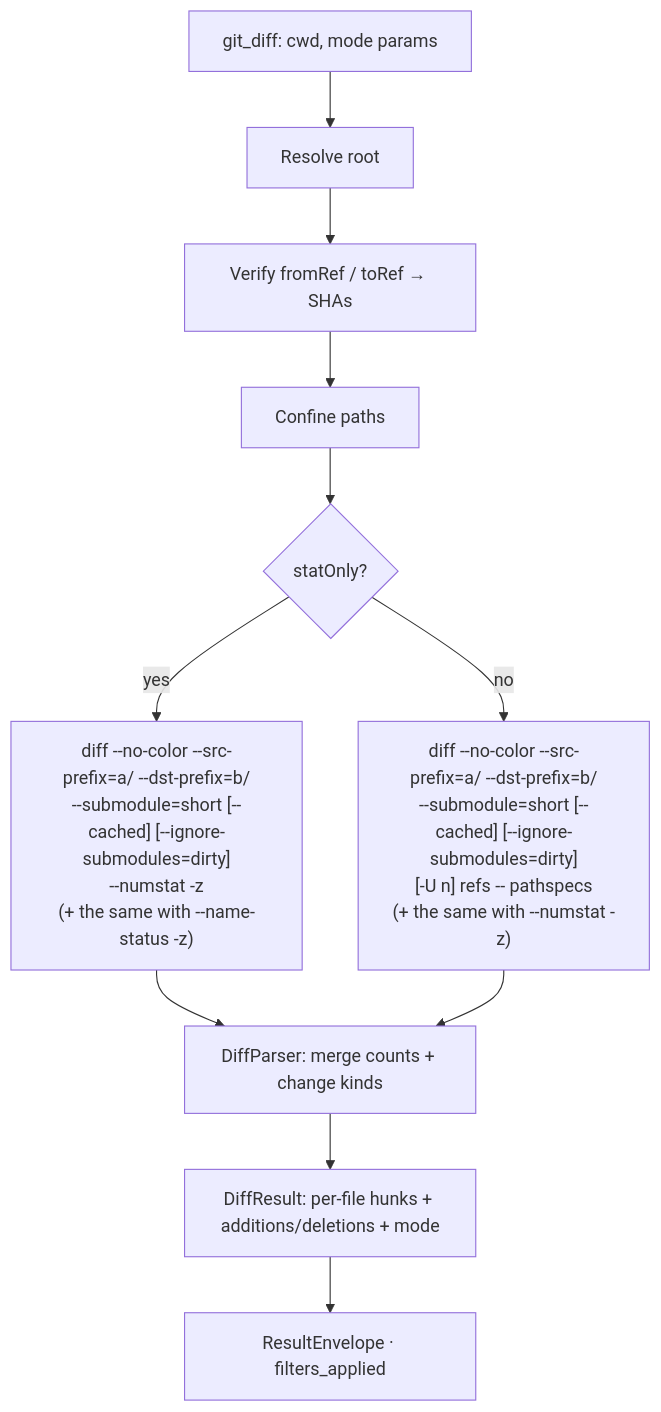
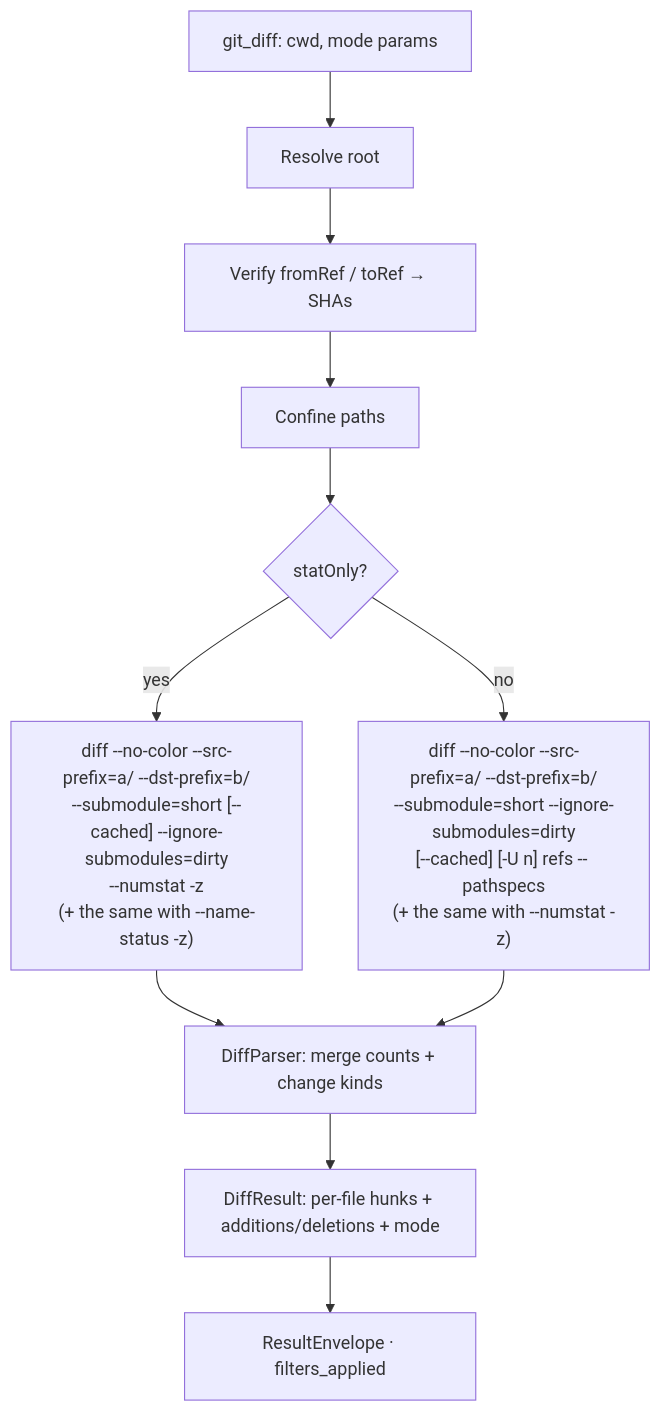
One commit to brenordv/mcp-toolset changed the third of 14 diagrams in src/RaccoonNinja.McpToolset.Server.GitOps/README.md. Above: the diagram before and after it, drawn with Mermaid. The commit also changed other lines of this file and 13 other files, not shown here.

First line of the commit message:
**Pin `--ignore-submodules=dirty` for consistent behavior in `git_log`, `git_diff`, `git_show`, and `git_stash_show`; override `log.follow=true` in config**

````diff
--- a/src/RaccoonNinja.McpToolset.Server.GitOps/README.md
+++ b/src/RaccoonNinja.McpToolset.Server.GitOps/README.md
@@ -144,13 +145,13 @@
 ```mermaid
 flowchart TD
     A[git_diff: cwd, mode params] --> B[Resolve root]
     B --> C[Verify fromRef / toRef → SHAs]
     C --> D[Confine paths]
     D --> E{statOnly?}
-    E -- yes --> F["diff --no-color --src-prefix=a/ --dst-prefix=b/<br/>--submodule=short [--cached] [--ignore-submodules=dirty]<br/>--numstat -z<br/>(+ the same with --name-status -z)"]
-    E -- no --> G["diff --no-color --src-prefix=a/ --dst-prefix=b/<br/>--submodule=short [--cached] [--ignore-submodules=dirty]<br/>[-U n] refs -- pathspecs<br/>(+ the same with --numstat -z)"]
+    E -- yes --> F["diff --no-color --src-prefix=a/ --dst-prefix=b/<br/>--submodule=short [--cached] --ignore-submodules=dirty<br/>--numstat -z<br/>(+ the same with --name-status -z)"]
+    E -- no --> G["diff --no-color --src-prefix=a/ --dst-prefix=b/<br/>--submodule=short --ignore-submodules=dirty<br/>[--cached] [-U n] refs -- pathspecs<br/>(+ the same with --numstat -z)"]
     F --> H[DiffParser: merge counts + change kinds]
     G --> H
     H --> I[DiffResult: per-file hunks + additions/deletions + mode]
     I --> J[ResultEnvelope · filters_applied]
 ```
````
